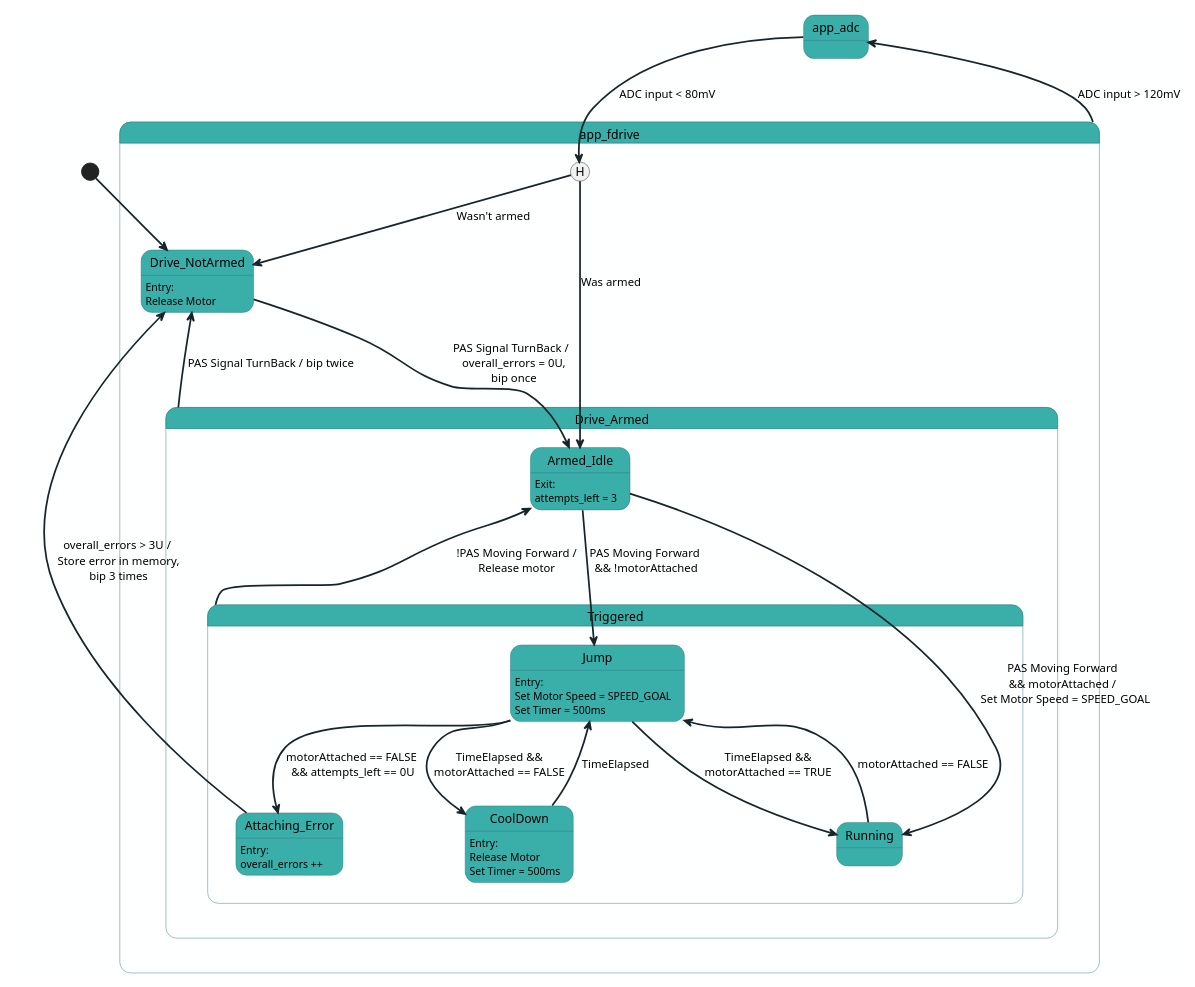
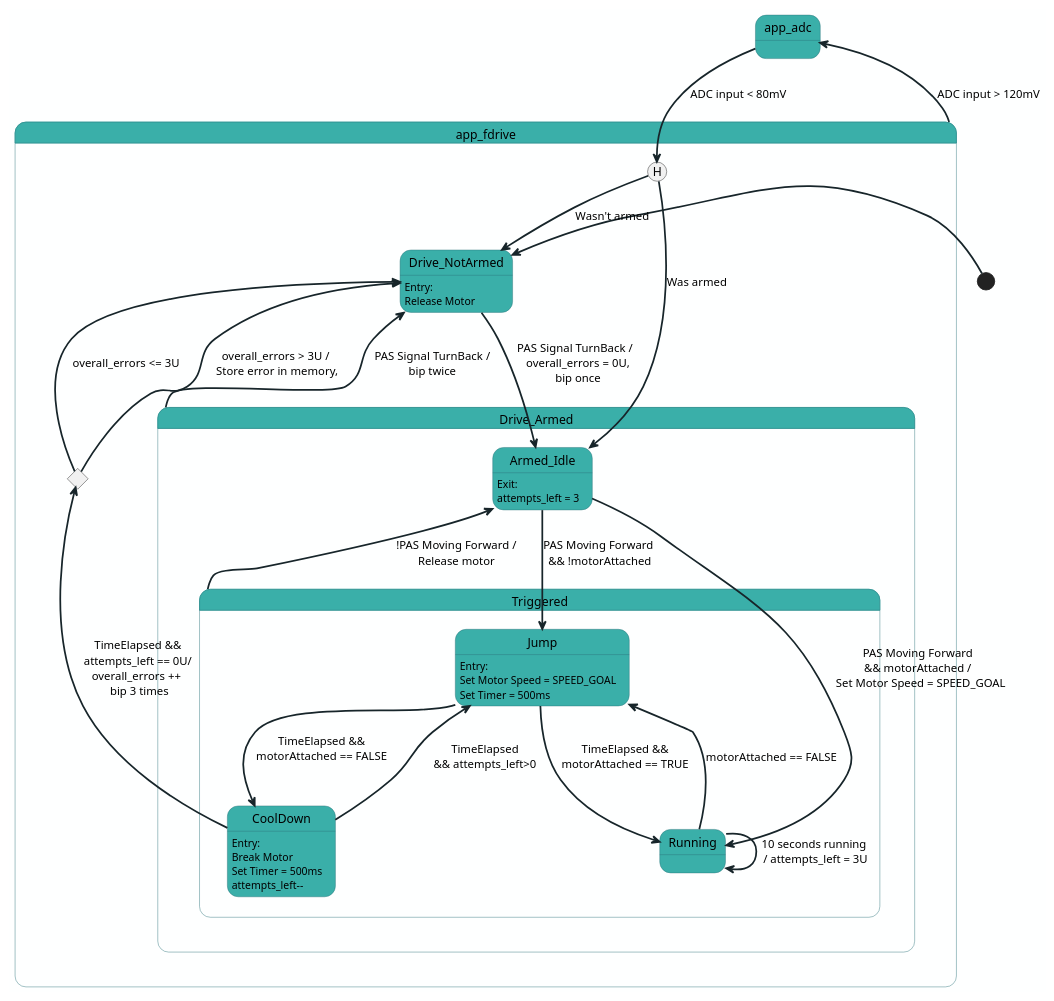
Before and after one commit to PiotrStrzalka/PiotrStrzalka.github.io: the diagram in uml/fdrive-app-sm.iuml, drawn with PlantUML. The commit also changed 5 other files, not shown here.

```diff
--- a/uml/fdrive-app-sm.iuml
+++ b/uml/fdrive-app-sm.iuml
@@ -1,63 +1,69 @@
 @startuml
 
 skinparam backgroundColor #FEFFFF
+
 skinparam state {
   StartColor Black
   EndColor Black
   BackgroundColor #3AAFA9
   BorderColor #2B7278
   FontName Yu Gothic UI Semibold
   StateBackgroundColor #DEF2F1
   ArrowColor #17252A
   ArrowThickness 2
   ArrowFontName Yu Gothic UI Semibold
 }
 
 
 state app_fdrive {
     
     Drive_NotArmed: Entry:
     Drive_NotArmed: Release Motor
     
+    state choice <<choice>>
     
     state Drive_Armed {
         state Triggered {
-            Jump --> CoolDown : TimeElapsed &&\nmotorAttached == FALSE
-            CoolDown --> Jump : TimeElapsed
+            Jump --> CoolDown : TimeElapsed &&\nmotorAttached == FALSE\n
+            CoolDown --> Jump : TimeElapsed\n&& attempts_left>0
             Jump --> Running : TimeElapsed &&\nmotorAttached == TRUE
             Running --> Jump : motorAttached == FALSE
+            Running --> Running : 10 seconds running \n/ attempts_left = 3U
+            CoolDown -up-> choice : TimeElapsed &&\nattempts_left == 0U/\noverall_errors ++ \n bip 3 times
+            choice -left-> Drive_NotArmed : overall_errors > 3U / \nStore error in memory,
+            choice -up-> Drive_NotArmed : overall_errors <= 3U
+            ' Jump --> Drive_NotArmed : motorAttached == FALSE \n&& attempts_left == 0U /\noverall_errors ++\n if overall_errors > 3U /\n Store error in memory,\n bip 3 times
 
-            Jump --> Attaching_Error : motorAttached == FALSE \n&& attempts_left == 0U
-
-            Attaching_Error : Entry:
-            Attaching_Error : overall_errors ++
+            ' Attaching_Error : Entry:
+            ' Attaching_Error : overall_errors ++
             Jump : Entry:
             Jump : Set Motor Speed = SPEED_GOAL
             Jump:        Set Timer = 500ms
             CoolDown :  Entry:
-            CoolDown :  Release Motor
+            CoolDown :  Break Motor
             CoolDown :  Set Timer = 500ms
+            CoolDown :  attempts_left--
 
         }
         Armed_Idle : Exit:
         Armed_Idle : attempts_left = 3
         Armed_Idle --> Jump : PAS Moving Forward\n && !motorAttached
 
         Armed_Idle --> Running : PAS Moving Forward \n&& motorAttached / \n Set Motor Speed = SPEED_GOAL
         Triggered -up-> Armed_Idle: !PAS Moving Forward /\nRelease motor
     }
 
     Drive_NotArmed --> Armed_Idle : PAS Signal TurnBack / \n overall_errors = 0U,\n bip once
-    Drive_Armed -up-> Drive_NotArmed : PAS Signal TurnBack / bip twice
-    Attaching_Error -up-> Drive_NotArmed : overall_errors > 3U /\n Store error in memory,\n bip 3 times
+    Drive_Armed -up-> Drive_NotArmed : PAS Signal TurnBack /\nbip twice
+    ' Attaching_Error -up-> Drive_NotArmed : overall_errors > 3U /\n Store error in memory,\n bip 3 times
 }
 
-[*] -down-> Drive_NotArmed
+[*] -right-> Drive_NotArmed
 app_adc --> app_fdrive[H]: ADC input < 80mV
 app_fdrive --> app_adc: ADC input > 120mV
 
 app_fdrive[H] --> Drive_NotArmed : Wasn't armed
 app_fdrive[H] -down-> Armed_Idle : Was armed
 
 
 @enduml
```
